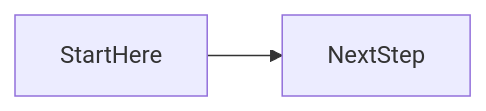
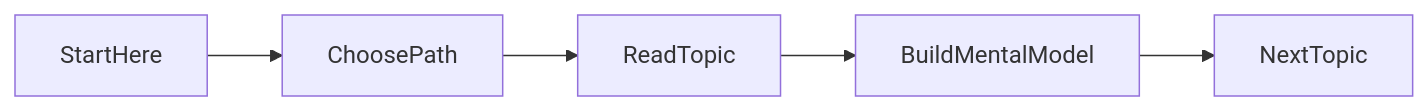
The third of 3 diagrams in docs/en/00-foundations/start-here/index.md (OmidJavaherii/Frontend-Engineering-Handbook), drawn with Mermaid before and after one commit. The commit also changed other lines of this file and 461 other files, not shown here.

````diff
--- a/docs/en/00-foundations/start-here/index.md
+++ b/docs/en/00-foundations/start-here/index.md
@@ -94,4 +159,7 @@
 ```mermaid
 flowchart LR
-  concept[StartHere] --> nextStep[NextStep]
+  start[StartHere] --> path[ChoosePath]
+  path --> topic[ReadTopic]
+  topic --> build[BuildMentalModel]
+  build --> nextTopic[NextTopic]
 ```
````
